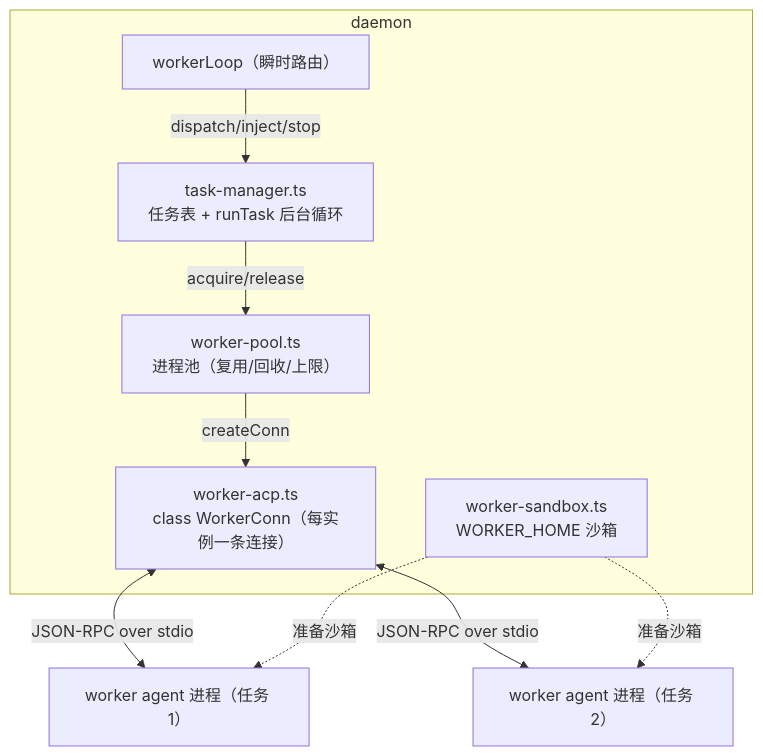
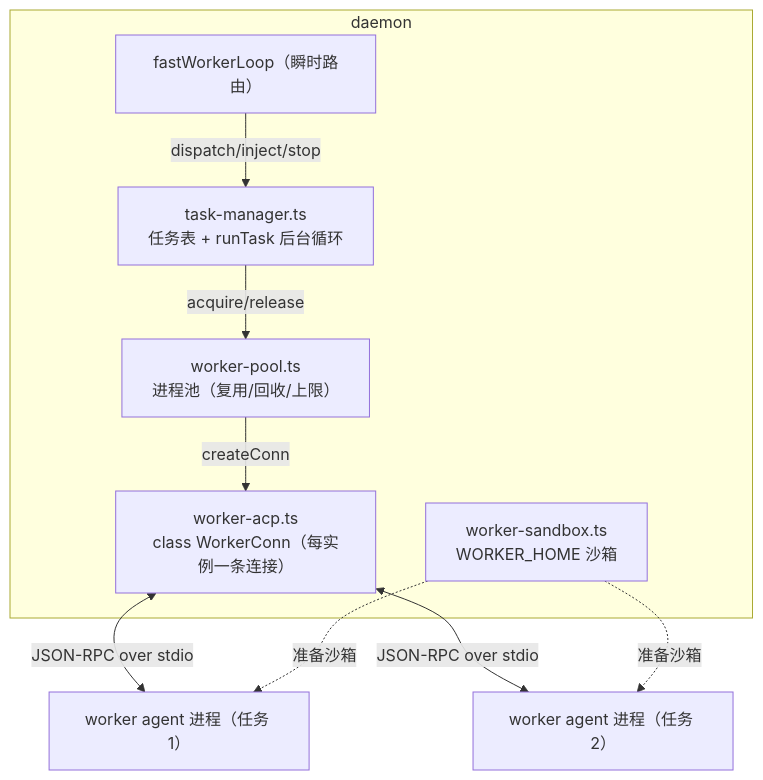
One commit to imwangpan/WeMind changed the first of 4 diagrams in docs/repowiki/07-远程任务-Worker.md. Above: the diagram before and after it, drawn with Mermaid. The commit also changed other lines of this file and 8 other files, not shown here.

````diff
--- a/docs/repowiki/07-远程任务-Worker.md
+++ b/docs/repowiki/07-远程任务-Worker.md
@@ -46,19 +46,19 @@
 ```mermaid
 graph TD
     subgraph daemon
-        WL["workerLoop（瞬时路由）"]
+        WL["fastWorkerLoop（瞬时路由）"]
         TM["task-manager.ts<br/>任务表 + runTask 后台循环"]
         POOL["worker-pool.ts<br/>进程池（复用/回收/上限）"]
         WA["worker-acp.ts<br/>class WorkerConn（每实例一条连接）"]
         SB["worker-sandbox.ts<br/>WORKER_HOME 沙箱"]
     end
     W1["worker agent 进程（任务 1）"]
     W2["worker agent 进程（任务 2）"]
     WL -->|dispatch/inject/stop| TM
     TM -->|acquire/release| POOL
     POOL -->|createConn| WA
     WA <-->|JSON-RPC over stdio| W1
     WA <-->|JSON-RPC over stdio| W2
     SB -.准备沙箱.-> W1
     SB -.准备沙箱.-> W2
 ```
````
